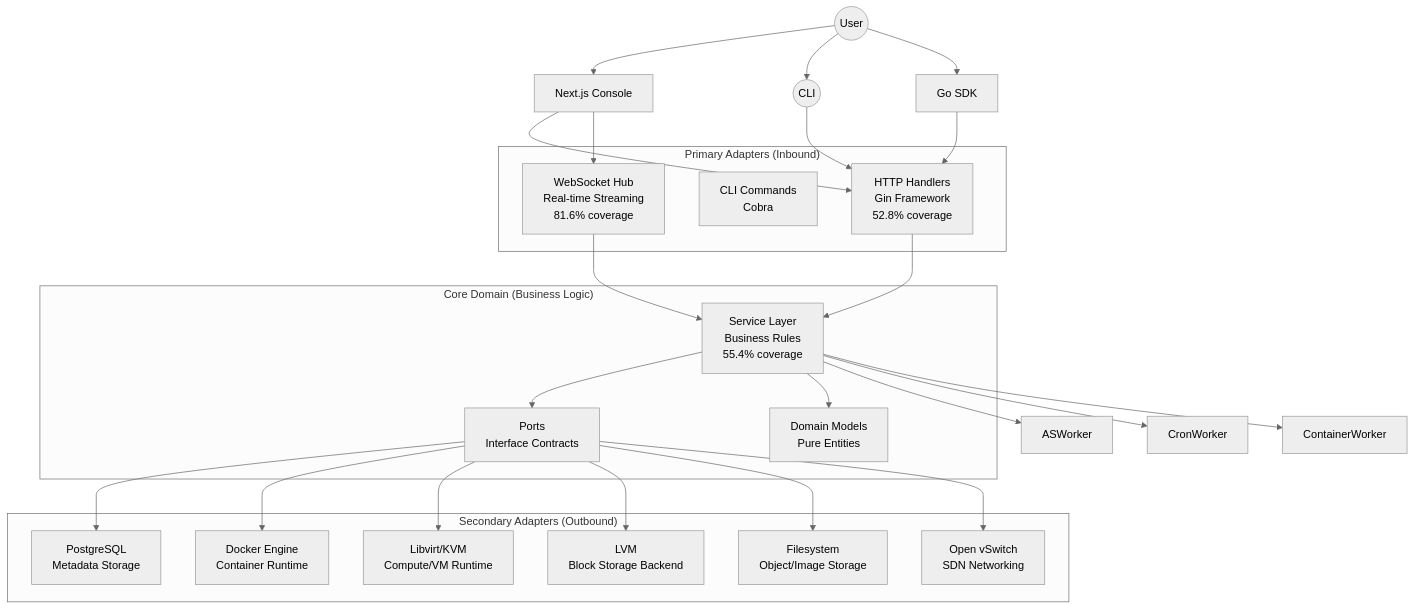
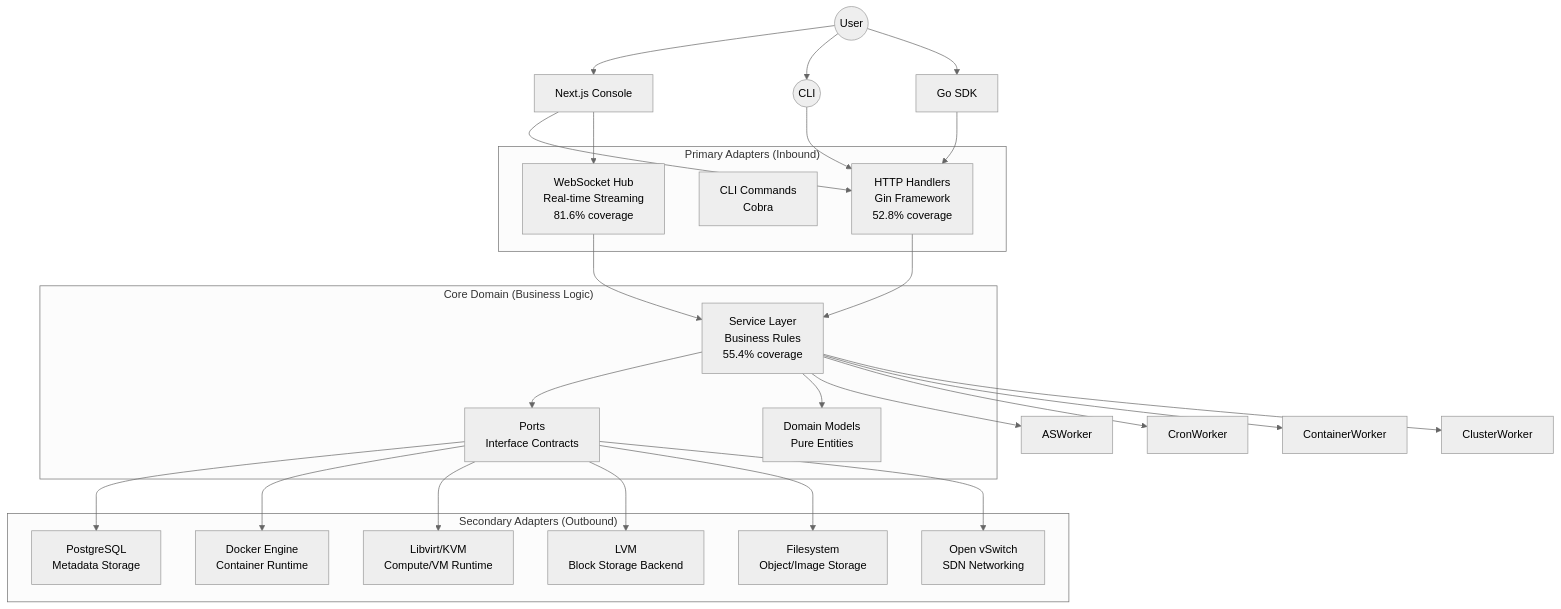
One commit to PoyrazK/Mini_AWS changed the diagram in docs/architecture.md. Above: the diagram before and after it, drawn with Mermaid (neutral theme). The commit also changed other lines of this file, not shown here.

Commit message:
docs: update architecture with cluster worker and task queue

````diff
--- a/docs/architecture.md
+++ b/docs/architecture.md
@@ -13,49 +13,50 @@
 ```mermaid
 graph TB
     User((User))
     CLI((CLI))
     Console[Next.js Console]
     SDK[Go SDK]
 
     subgraph "Primary Adapters (Inbound)"
         Handler[HTTP Handlers<br/>Gin Framework<br/>52.8% coverage]
         Cmd[CLI Commands<br/>Cobra]
         WS[WebSocket Hub<br/>Real-time Streaming<br/>81.6% coverage]
     end
 
     subgraph "Core Domain (Business Logic)"
         Service[Service Layer<br/>Business Rules<br/>55.4% coverage]
         Domain[Domain Models<br/>Pure Entities]
         Ports[Ports<br/>Interface Contracts]
     end
 
     subgraph "Secondary Adapters (Outbound)"
         RepoPG[PostgreSQL<br/>Metadata Storage]
         RepoDocker[Docker Engine<br/>Container Runtime]
         RepoLibvirt[Libvirt/KVM<br/>Compute/VM Runtime]
         RepoLVM[LVM<br/>Block Storage Backend]
         RepoFS[Filesystem<br/>Object/Image Storage]
         RepoOVS[Open vSwitch<br/>SDN Networking]
     end
 
     User --> Console
     User --> CLI
     User --> SDK
     Console --> Handler
     Console --> WS
     CLI --> Handler
     SDK --> Handler
     Handler --> Service
     WS --> Service
     Service --> Ports
     Service --> Domain
     Ports --> RepoPG
     Ports --> RepoDocker
     Ports --> RepoLibvirt
     Ports --> RepoLVM
     Ports --> RepoFS
     Ports --> RepoOVS
     Service --> ASWorker
     Service --> CronWorker
     Service --> ContainerWorker
+    Service --> ClusterWorker
 ```
````
